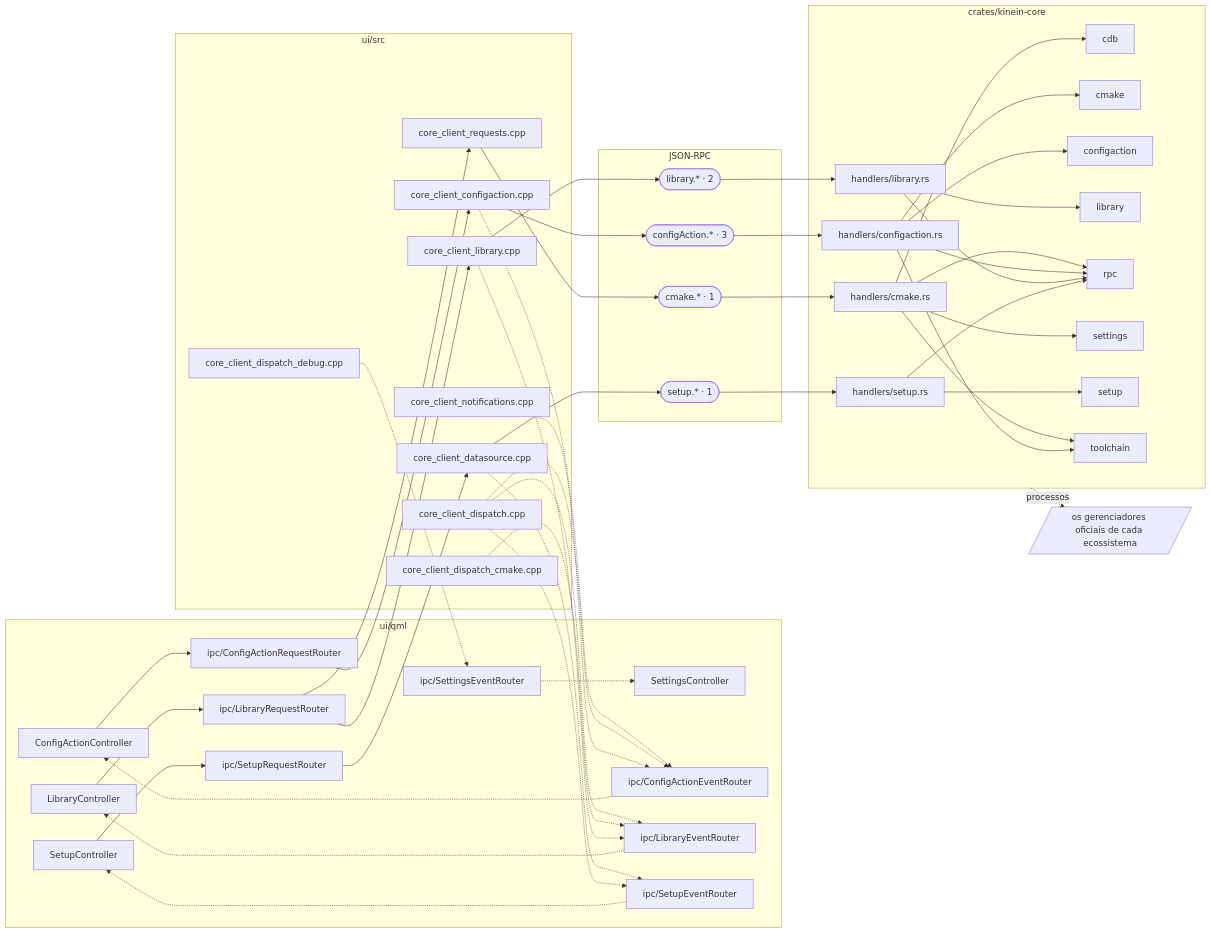
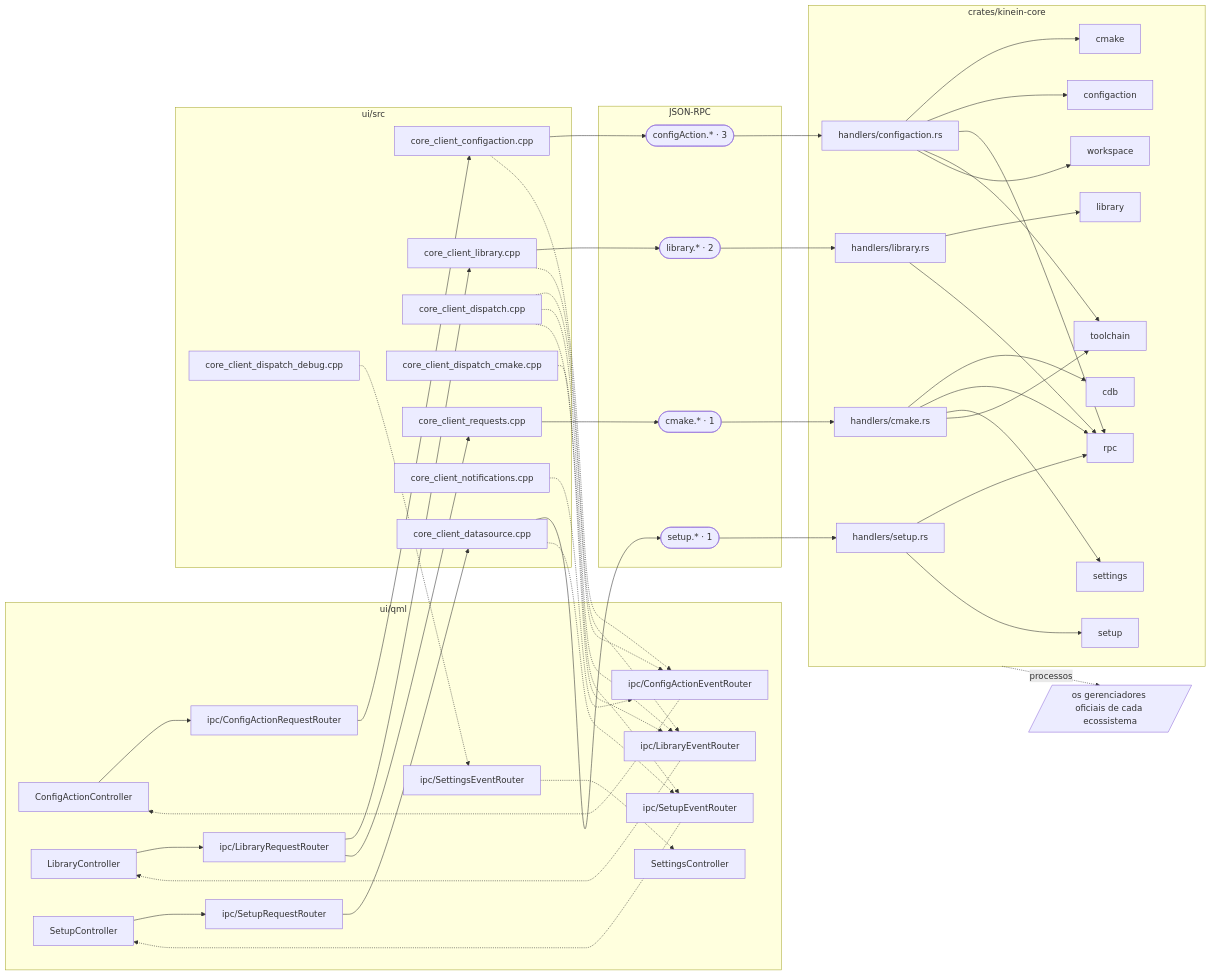
Before and after one commit to ViktorWalde/KineinVectis: diagram 16 of 16 in DocsPublic/arquitetura/01-mapa-de-modulos.md, drawn with Mermaid. The commit also changed other lines of this file and 37 other files, not shown here.

```diff
--- a/DocsPublic/arquitetura/01-mapa-de-modulos.md
+++ b/DocsPublic/arquitetura/01-mapa-de-modulos.md
@@ -1547,6 +1548,7 @@
     n_core_settings[settings]
     n_core_setup[setup]
     n_core_toolchain[toolchain]
+    n_core_workspace[workspace]
   end
   n_tools_config[/"os gerenciadores oficiais de cada ecossistema"/]
   n_ui_qml_configaction_ConfigActionController_qml --> n_ui_qml_ipc_ConfigActionRequestRouter_qml
@@ -1583,6 +1585,7 @@
   n_crates_kinein_core_src_handlers_configaction_rs --> n_core_configaction
   n_crates_kinein_core_src_handlers_configaction_rs --> n_core_rpc
   n_crates_kinein_core_src_handlers_configaction_rs --> n_core_toolchain
+  n_crates_kinein_core_src_handlers_configaction_rs --> n_core_workspace
   n_ipc_library --> n_crates_kinein_core_src_handlers_library_rs
   n_crates_kinein_core_src_handlers_library_rs --> n_core_library
   n_crates_kinein_core_src_handlers_library_rs --> n_core_rpc
```
